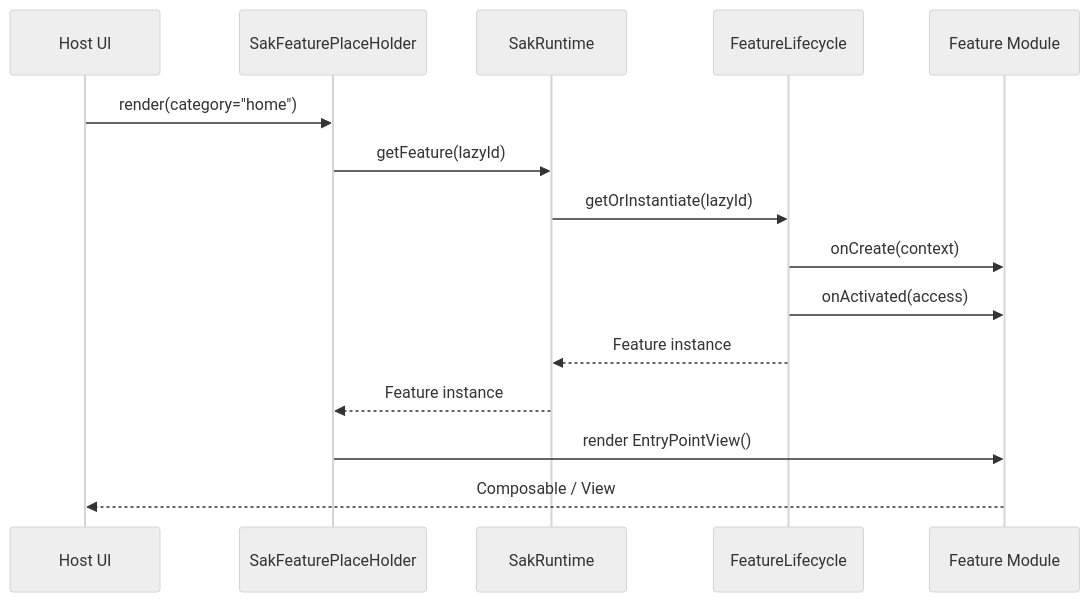
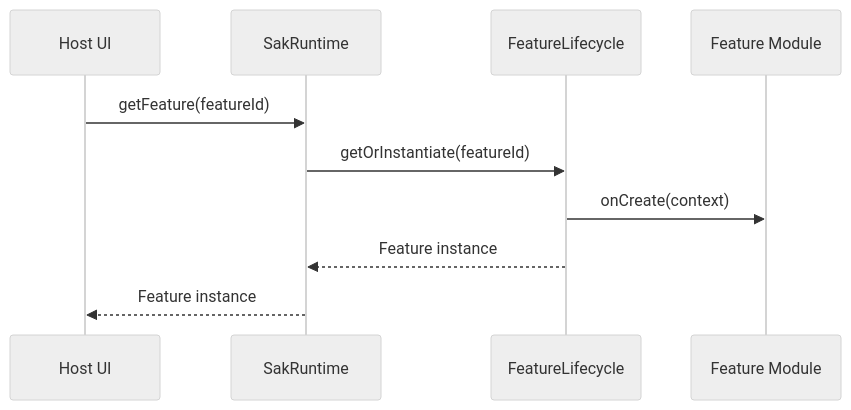
Before and after one commit to san-sk/sak: the third of 4 diagrams in docs/FLOWS.md, drawn with Mermaid (neutral theme). The commit also changed other lines of this file and 104 other files, not shown here.

Commit message:
refactor: restructure SAK project - SDK contracts, runtime engine, harness hosts, sample features

````diff
--- a/docs/FLOWS.md
+++ b/docs/FLOWS.md
@@ -67,21 +68,13 @@
 ```mermaid
 sequenceDiagram
     participant Host as Host UI
-    participant Placeholder as SakFeaturePlaceHolder
     participant Runtime as SakRuntime
     participant Lifecycle as FeatureLifecycle
     participant Feature as Feature Module
 
-    Host->>Placeholder: render(category="home")
-    Placeholder->>Runtime: getFeature(lazyId)
-    
-    Runtime->>Lifecycle: getOrInstantiate(lazyId)
+    Host->>Runtime: getFeature(featureId)
+    Runtime->>Lifecycle: getOrInstantiate(featureId)
     Lifecycle->>Feature: onCreate(context)
-    Lifecycle->>Feature: onActivated(access)
-    
     Lifecycle-->>Runtime: Feature instance
-    Runtime-->>Placeholder: Feature instance
-    
-    Placeholder->>Feature: render EntryPointView()
-    Feature-->>Host: Composable / View
+    Runtime-->>Host: Feature instance
 ```
````
